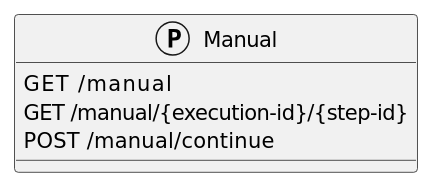
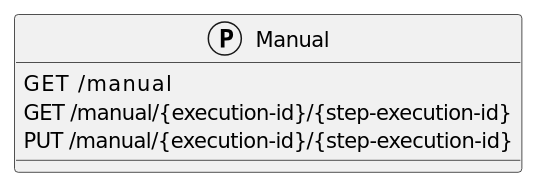
Before and after one commit to COSSAS/SOARCA: the first of 4 diagrams in docs/content/en/docs/core-components/api-manual.md, drawn with PlantUML. The commit also changed other lines of this file and 3 other files, not shown here.

First line of the commit message:
docs: update manual API reference docs and swagger for PUT continue endpoint

````diff
--- a/docs/content/en/docs/core-components/api-manual.md
+++ b/docs/content/en/docs/core-components/api-manual.md
@@ -16,9 +16,9 @@
 ```plantuml
 @startuml
 protocol Manual {
     GET     /manual
-    GET     /manual/{execution-id}/{step-id}
-    POST    /manual/continue
+    GET     /manual/{execution-id}/{step-execution-id}
+    PUT     /manual/{execution-id}/{step-execution-id}
 }
 @enduml
 ```
````
